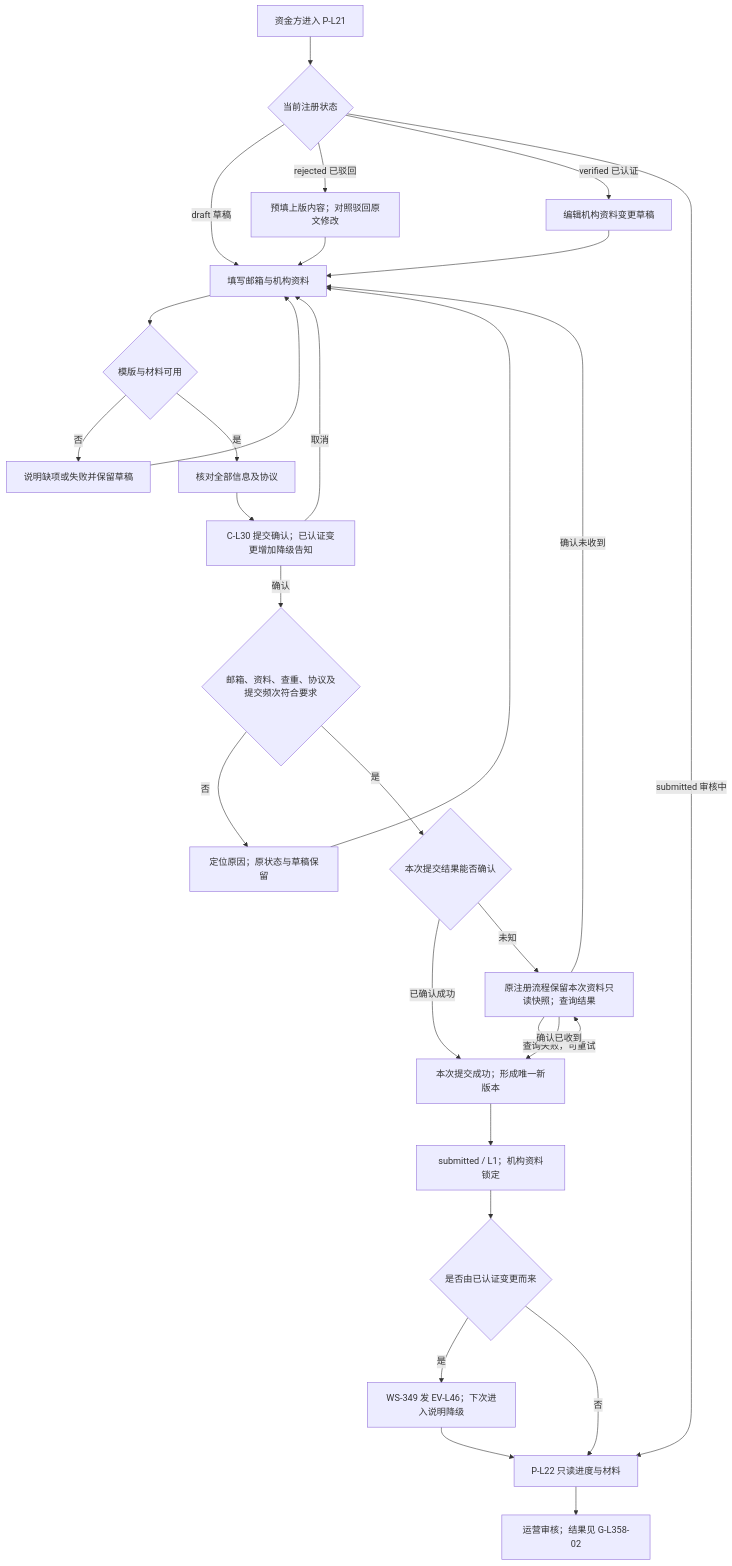
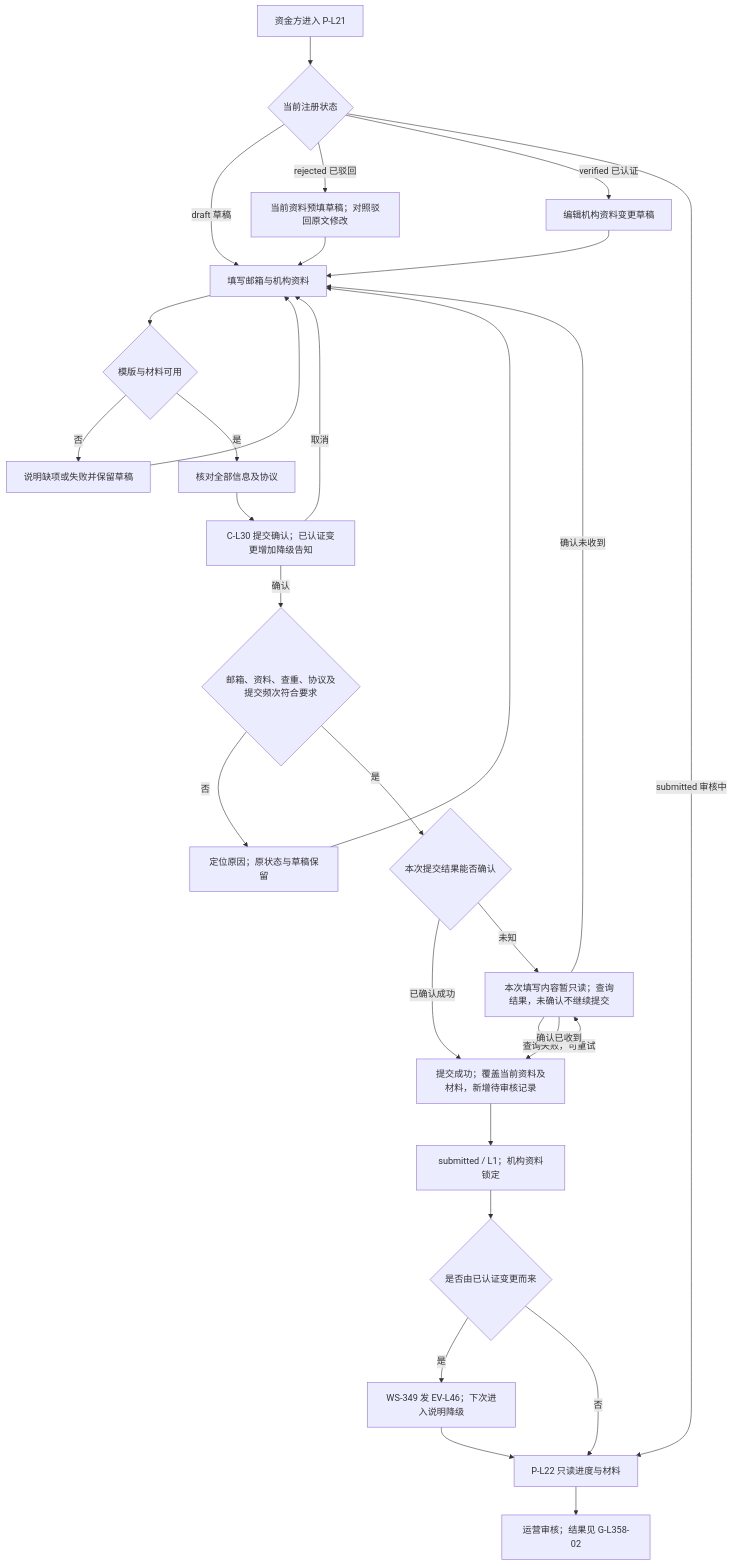
The first of 5 diagrams in lending-platform/PRD/v2.0-资金方机构认证审核/资金方机构认证审核-流程图与状态机.md (wxblockchain/Chain-Financing), drawn with Mermaid before and after one commit. The commit also changed other lines of this file and 1 other file, not shown here.

````diff
--- a/lending-platform/PRD/v2.0-资金方机构认证审核/资金方机构认证审核-流程图与状态机.md
+++ b/lending-platform/PRD/v2.0-资金方机构认证审核/资金方机构认证审核-流程图与状态机.md
@@ -20,31 +20,31 @@
 ```mermaid
 flowchart TD
     A[资金方进入 P-L21] --> B{当前注册状态}
     B -->|draft 草稿| C[填写邮箱与机构资料]
-    B -->|rejected 已驳回| D[预填上版内容；对照驳回原文修改]
+    B -->|rejected 已驳回| D[当前资料预填草稿；对照驳回原文修改]
     B -->|verified 已认证| E[编辑机构资料变更草稿]
     B -->|submitted 审核中| R[P-L22 只读进度与材料]
     D --> C
     E --> C
     C --> F{模版与材料可用}
     F -->|否| G[说明缺项或失败并保留草稿]
     G --> C
     F -->|是| H[核对全部信息及协议]
     H --> I[C-L30 提交确认；已认证变更增加降级告知]
     I -->|取消| C
     I -->|确认| J{邮箱、资料、查重、协议及提交频次符合要求}
     J -->|否| K[定位原因；原状态与草稿保留]
     K --> C
     J -->|是| V{本次提交结果能否确认}
-    V -->|已确认成功| L[本次提交成功；形成唯一新版本]
-    V -->|未知| W[原注册流程保留本次资料只读快照；查询结果]
+    V -->|已确认成功| L[提交成功；覆盖当前资料及材料，新增待审核记录]
+    V -->|未知| W[本次填写内容暂只读；查询结果，未确认不继续提交]
     W -->|查询失败，可重试| W
     W -->|确认未收到| C
     W -->|确认已收到| L
     L --> M[submitted / L1；机构资料锁定]
     M --> N{是否由已认证变更而来}
     N -->|是| O[WS-349 发 EV-L46；下次进入说明降级]
     N -->|否| R
     O --> R
     R --> S[运营审核；结果见 G-L358-02]
 ```
````
